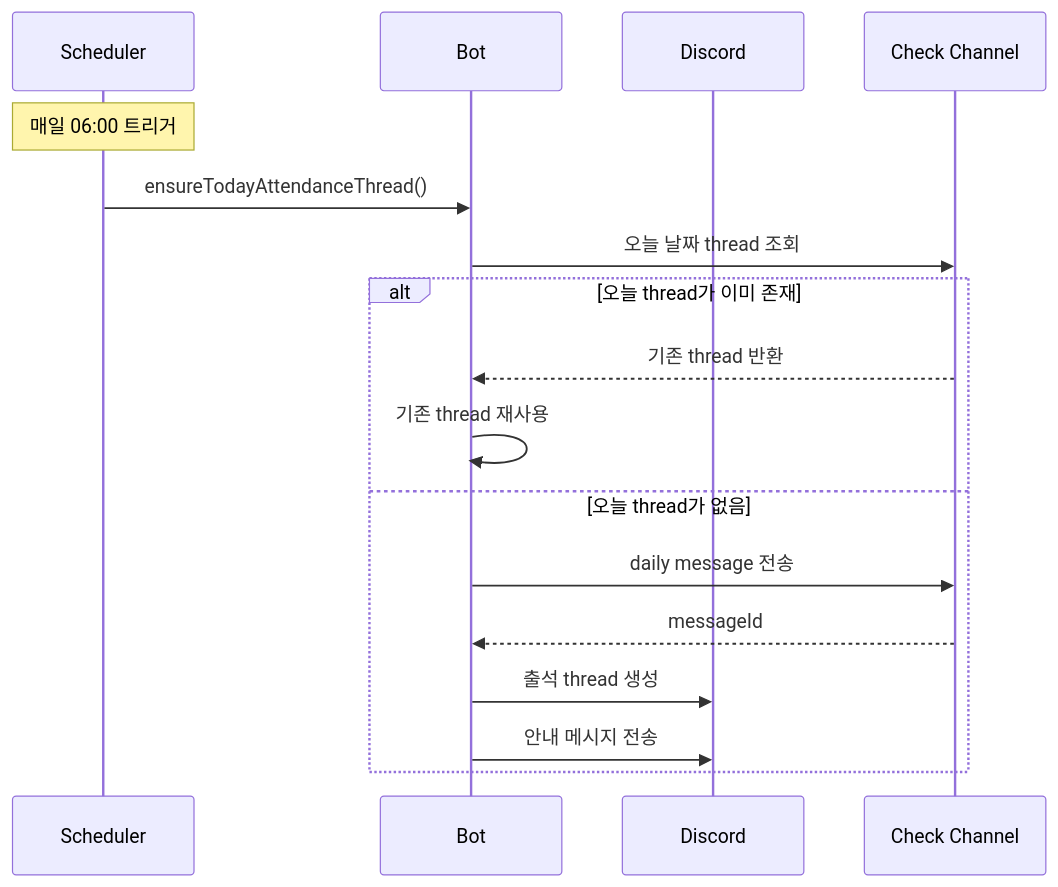
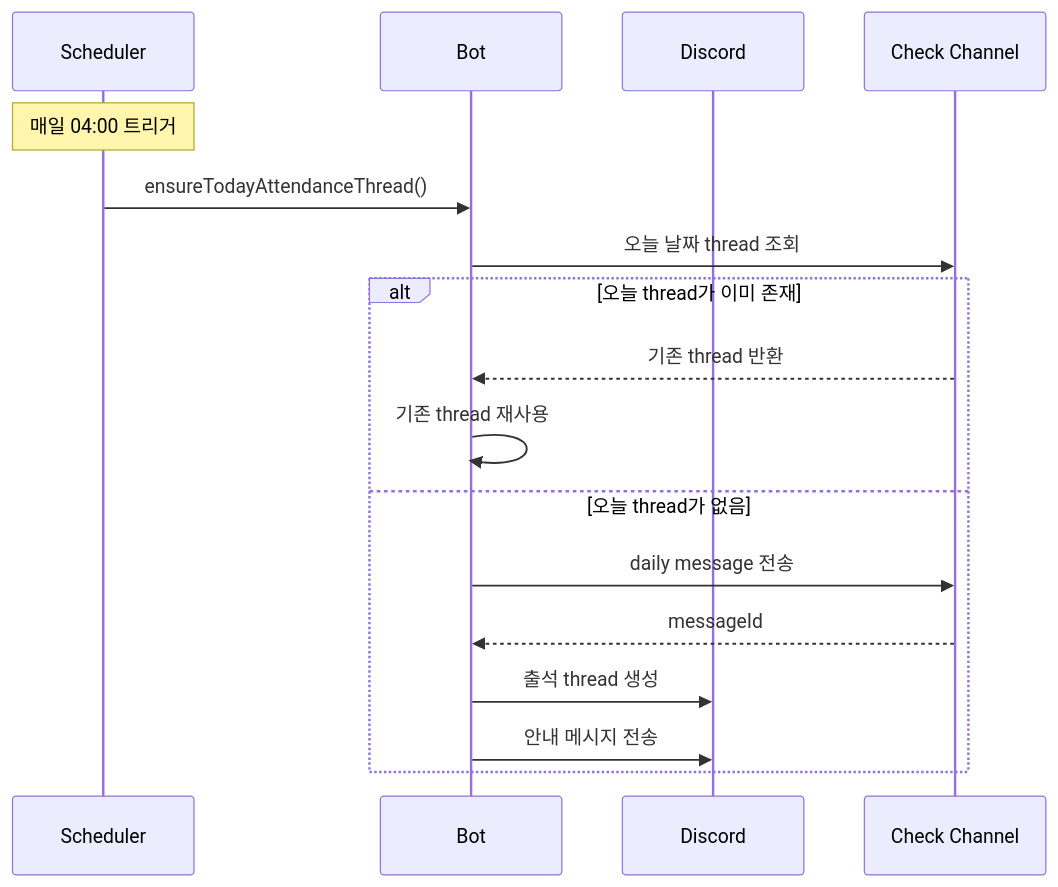
One commit to honki12345/haruharu-discord-bot changed the third of 20 diagrams in docs/USER_STORIES.md. Above: the diagram before and after it, drawn with Mermaid. The commit also changed other lines of this file and 10 other files, not shown here.

````diff
--- a/docs/USER_STORIES.md
+++ b/docs/USER_STORIES.md
@@ -90,21 +90,21 @@
 ```mermaid
 sequenceDiagram
     participant S as Scheduler
     participant B as Bot
     participant D as Discord
     participant C as Check Channel
 
-    Note over S: 매일 06:00 트리거
+    Note over S: 매일 04:00 트리거
     S->>B: ensureTodayAttendanceThread()
     B->>C: 오늘 날짜 thread 조회
 
     alt 오늘 thread가 이미 존재
         C-->>B: 기존 thread 반환
         B->>B: 기존 thread 재사용
     else 오늘 thread가 없음
         B->>C: daily message 전송
         C-->>B: messageId
         B->>D: 출석 thread 생성
         B->>D: 안내 메시지 전송
     end
 ```
````
